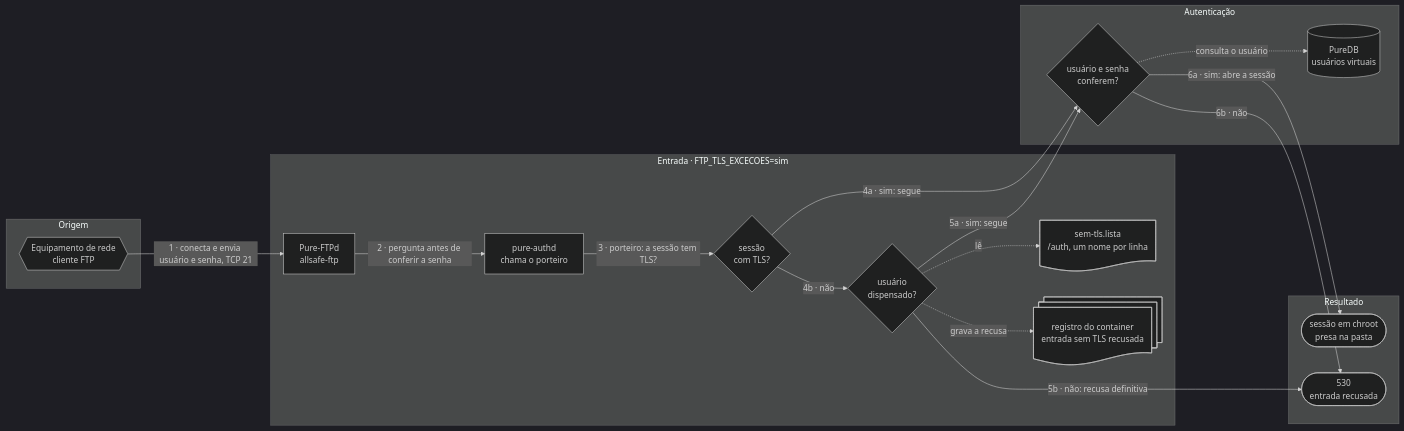
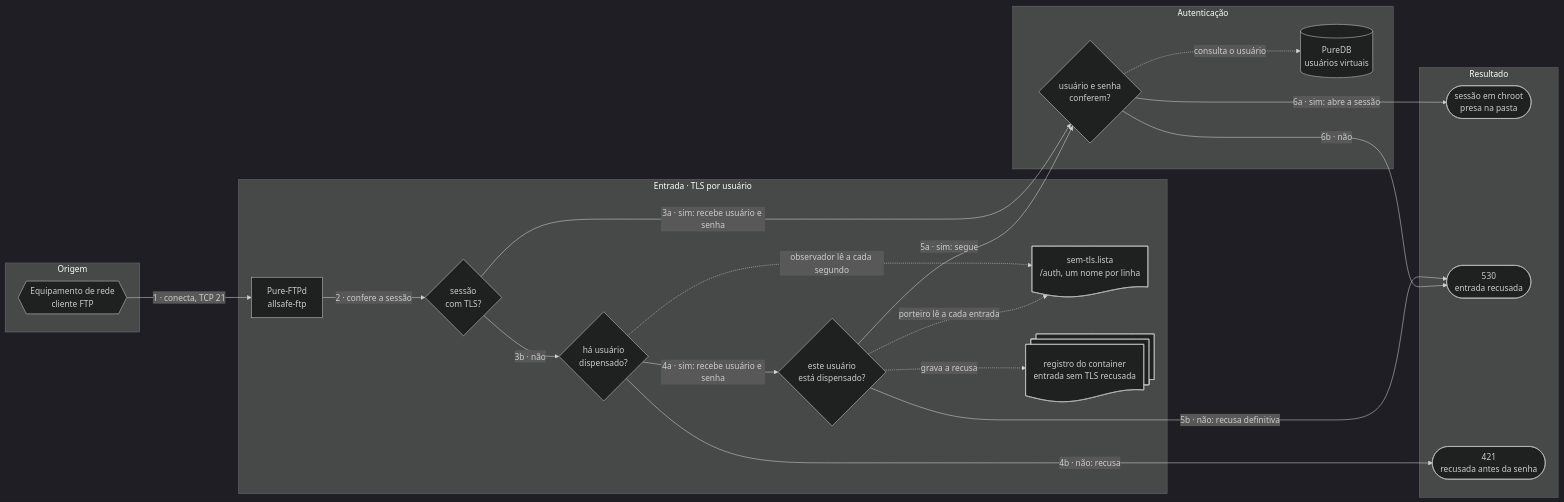
One commit to CarlosSuporteISP/allsafe-ftp-stack changed the diagram in doc/diagramas/tls-por-usuario-fluxograma.mmd. Above: the diagram before and after it, drawn with Mermaid. The commit also changed 25 other files, not shown here.

First line of the commit message:
feat: TLS por usuário ligado por padrão, pelo painel (v0.24.0)

```diff
--- a/doc/diagramas/tls-por-usuario-fluxograma.mmd
+++ b/doc/diagramas/tls-por-usuario-fluxograma.mmd
@@ -1,34 +1,37 @@
 %%{init: {"theme": "dark"}}%%
 flowchart LR
     subgraph ORIGEM["Origem"]
         equip@{ shape: hex, label: "Equipamento de rede<br>cliente FTP" }
     end
-    subgraph ENTRADA["Entrada · FTP_TLS_EXCECOES=sim"]
+    subgraph ENTRADA["Entrada · TLS por usuário"]
         ftp@{ shape: rect, label: "Pure-FTPd<br>allsafe-ftp" }
-        authd@{ shape: rect, label: "pure-authd<br>chama o porteiro" }
         tls@{ shape: diam, label: "sessão<br>com TLS?" }
-        marcado@{ shape: diam, label: "usuário<br>dispensado?" }
+        algum@{ shape: diam, label: "há usuário<br>dispensado?" }
+        marcado@{ shape: diam, label: "este usuário<br>está dispensado?" }
         lista@{ shape: doc, label: "sem-tls.lista<br>/auth, um nome por linha" }
         registro@{ shape: docs, label: "registro do container<br>entrada sem TLS recusada" }
     end
     subgraph AUTH["Autenticação"]
+        puredb@{ shape: cyl, label: "PureDB<br>usuários virtuais" }
         login@{ shape: diam, label: "usuário e senha<br>conferem?" }
-        puredb@{ shape: cyl, label: "PureDB<br>usuários virtuais" }
     end
     subgraph RESULTADO["Resultado"]
         sessao@{ shape: stadium, label: "sessão em chroot<br>presa na pasta" }
         recusa@{ shape: stadium, label: "530<br>entrada recusada" }
+        antes@{ shape: stadium, label: "421<br>recusada antes da senha" }
     end
 
-    equip -- "1 · conecta e envia usuário e senha, TCP 21" --> ftp
-    ftp -- "2 · pergunta antes de conferir a senha" --> authd
-    authd -- "3 · porteiro: a sessão tem TLS?" --> tls
-    tls -- "4a · sim: segue" --> login
-    tls -- "4b · não" --> marcado
+    equip -- "1 · conecta, TCP 21" --> ftp
+    ftp -- "2 · confere a sessão" --> tls
+    tls -- "3a · sim: recebe usuário e senha" --> login
+    tls -- "3b · não" --> algum
+    algum -- "4a · sim: recebe usuário e senha" --> marcado
+    algum -- "4b · não: recusa" --> antes
     marcado -- "5a · sim: segue" --> login
     marcado -- "5b · não: recusa definitiva" --> recusa
-    login -- "6a · sim: abre a sessão" --> sessao
-    login -- "6b · não" --> recusa
-    marcado -. "lê" .-> lista
+    login -- "6a · sim: abre a sessão" ---> sessao
+    login -- "6b · não" ---> recusa
+    algum -. "observador lê a cada segundo" .-> lista
+    marcado -. "porteiro lê a cada entrada" .-> lista
     marcado -. "grava a recusa" .-> registro
     login -. "consulta o usuário" .-> puredb
```
